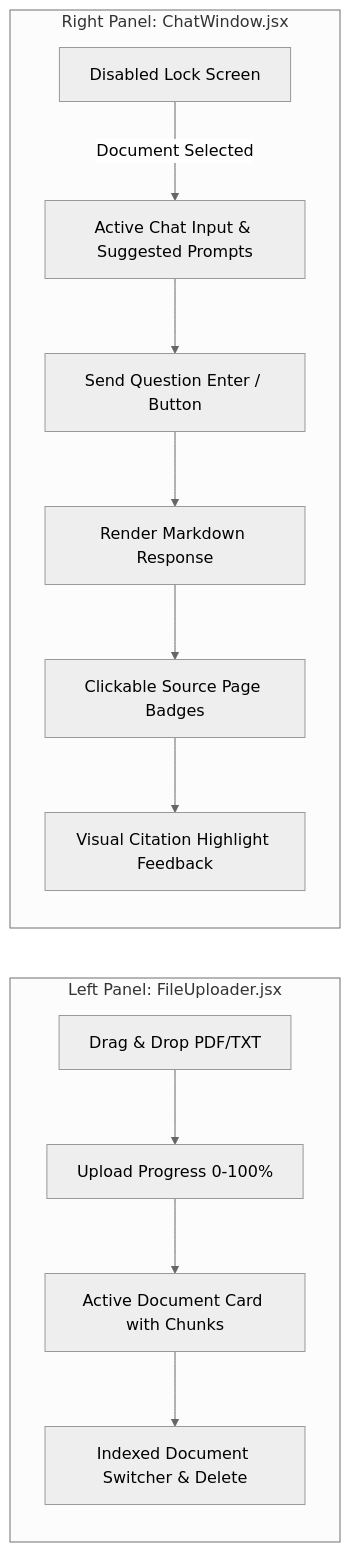
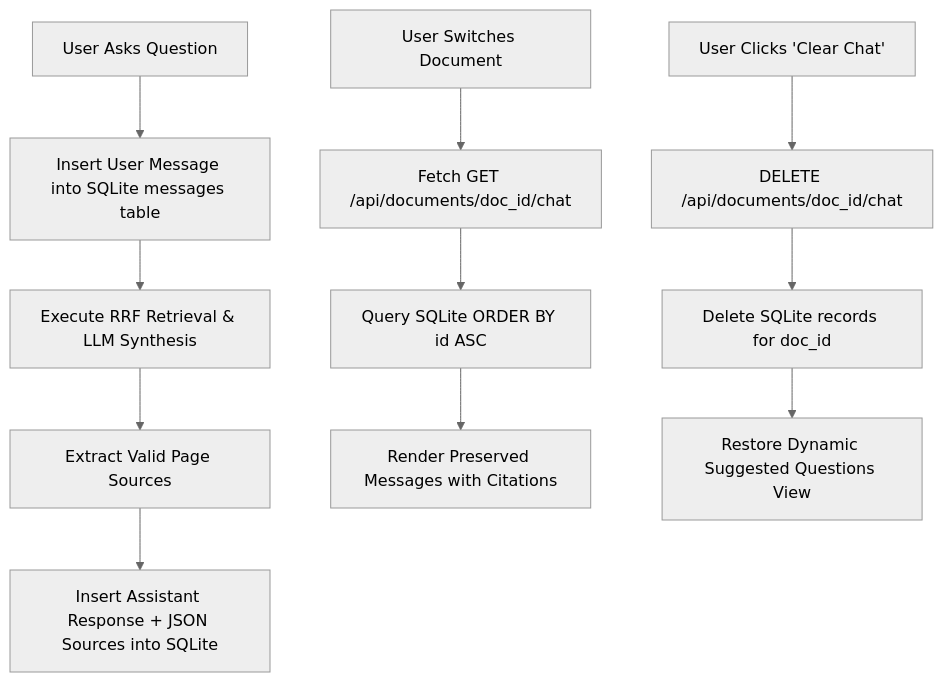
The fourth of 4 diagrams in PROJECT_PROCESSES.md (Nandu707/File-Summariser.Ai), drawn with Mermaid (neutral theme) before and after one commit. The commit also changed other lines of this file and 3 other files, not shown here.

````diff
--- a/PROJECT_PROCESSES.md
+++ b/PROJECT_PROCESSES.md
@@ -234,16 +147,15 @@
 ```mermaid
-graph LR
-    subgraph Left Panel: FileUploader.jsx
-        D1[Drag & Drop PDF/TXT] --> D2[Upload Progress 0-100%]
-        D2 --> D3[Active Document Card with Chunks]
-        D3 --> D4[Indexed Document Switcher & Delete]
-    end
+graph TD
+    A[User Asks Question] --> B[Insert User Message into SQLite messages table]
+    B --> C[Execute RRF Retrieval & LLM Synthesis]
+    C --> D[Extract Valid Page Sources]
+    D --> E[Insert Assistant Response + JSON Sources into SQLite]
+    
+    F[User Switches Document] --> G[Fetch GET /api/documents/doc_id/chat]
+    G --> H[Query SQLite ORDER BY id ASC]
+    H --> I[Render Preserved Messages with Citations]
 
-    subgraph Right Panel: ChatWindow.jsx
-        C1[Disabled Lock Screen] -->|Document Selected| C2[Active Chat Input & Suggested Prompts]
-        C2 --> C3[Send Question Enter / Button]
-        C3 --> C4[Render Markdown Response]
-        C4 --> C5[Clickable Source Page Badges]
-        C5 --> C6[Visual Citation Highlight Feedback]
-    end
+    J[User Clicks 'Clear Chat'] --> K[DELETE /api/documents/doc_id/chat]
+    K --> L[Delete SQLite records for doc_id]
+    L --> M[Restore Dynamic Suggested Questions View]
 ```
````
